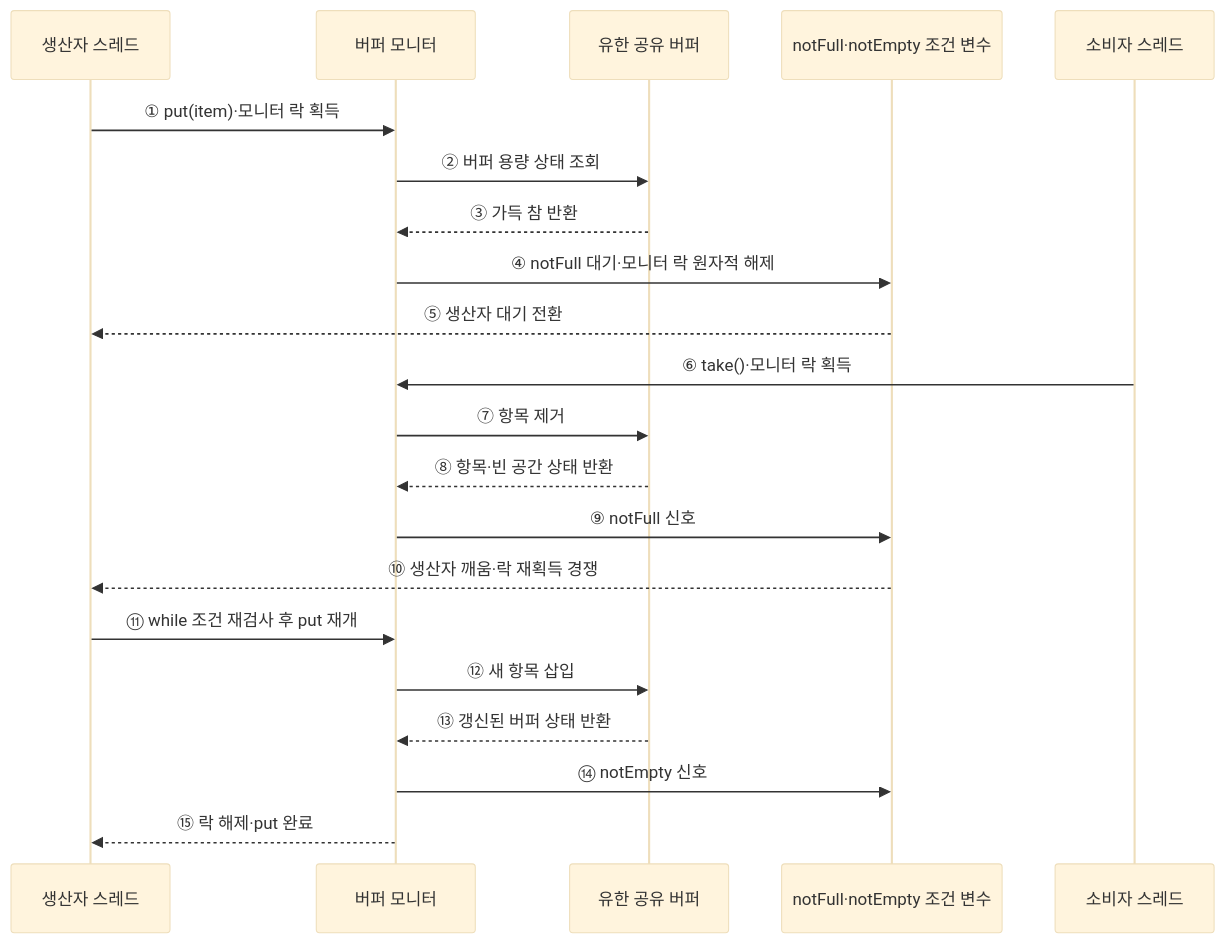
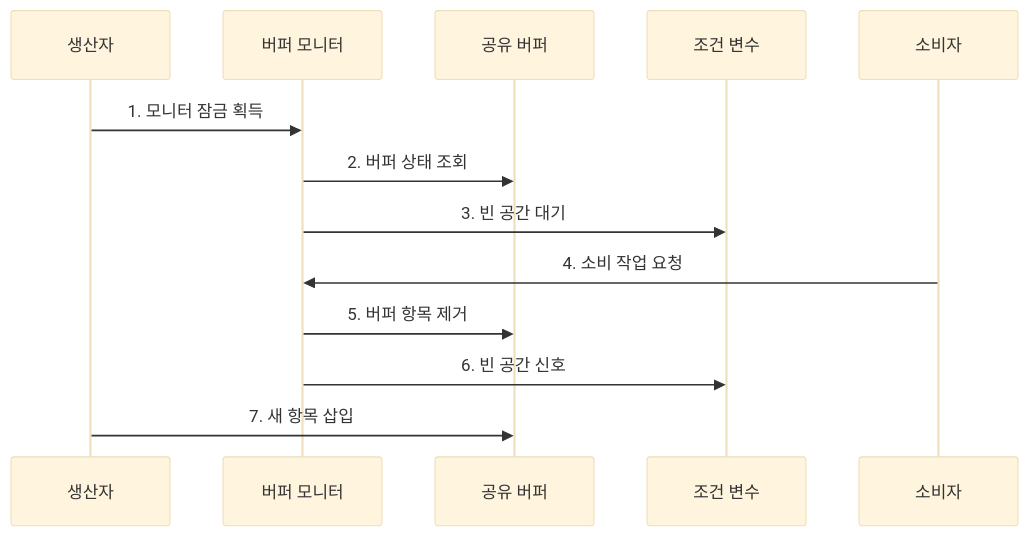
One commit to agnusdei1207/knowledge-base changed the second of 2 diagrams in src/content/docs/notes/03-software/012_synchronization.md. Above: the diagram before and after it, drawn with Mermaid (base theme). The commit also changed other lines of this file and 20 other files, not shown here.

````diff
--- a/src/content/docs/notes/03-software/012_synchronization.md
+++ b/src/content/docs/notes/03-software/012_synchronization.md
@@ -83,24 +86,15 @@
 ```mermaid
 sequenceDiagram
-    participant P as 생산자 스레드
+    participant P as 생산자
     participant M as 버퍼 모니터
-    participant B as 유한 공유 버퍼
-    participant V as notFull·notEmpty 조건 변수
-    participant C as 소비자 스레드
-
-    P->>M: ① put(item)·모니터 락 획득
-    M->>B: ② 버퍼 용량 상태 조회
-    B-->>M: ③ 가득 참 반환
-    M->>V: ④ notFull 대기·모니터 락 원자적 해제
-    V-->>P: ⑤ 생산자 대기 전환
-    C->>M: ⑥ take()·모니터 락 획득
-    M->>B: ⑦ 항목 제거
-    B-->>M: ⑧ 항목·빈 공간 상태 반환
-    M->>V: ⑨ notFull 신호
-    V-->>P: ⑩ 생산자 깨움·락 재획득 경쟁
-    P->>M: ⑪ while 조건 재검사 후 put 재개
-    M->>B: ⑫ 새 항목 삽입
-    B-->>M: ⑬ 갱신된 버퍼 상태 반환
-    M->>V: ⑭ notEmpty 신호
-    M-->>P: ⑮ 락 해제·put 완료
+    participant B as 공유 버퍼
+    participant V as 조건 변수
+    participant C as 소비자
+    P->>M: 1. 모니터 잠금 획득
+    M->>B: 2. 버퍼 상태 조회
+    M->>V: 3. 빈 공간 대기
+    C->>M: 4. 소비 작업 요청
+    M->>B: 5. 버퍼 항목 제거
+    M->>V: 6. 빈 공간 신호
+    P->>B: 7. 새 항목 삽입
 ```
````
